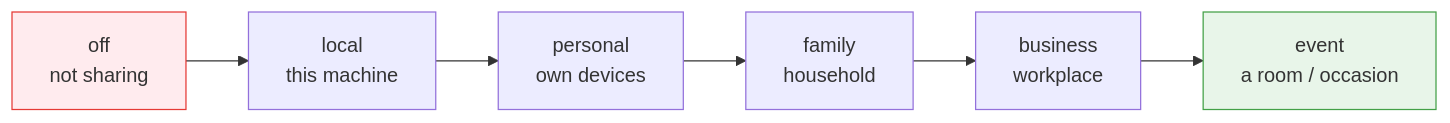
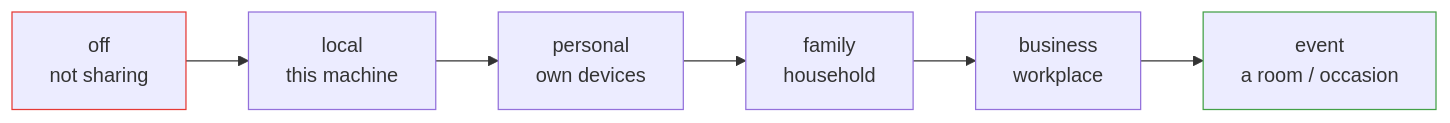
The first of 2 diagrams in docs/manual/08-sharing-modes.md (japer-technology/llm-vampire), drawn with Mermaid before and after one commit. The commit also changed 3 other files, not shown here.

Commit message:
docs: remove coloured backgrounds from mermaid diagrams

````diff
--- a/docs/manual/08-sharing-modes.md
+++ b/docs/manual/08-sharing-modes.md
@@ -15,13 +15,13 @@
 ```mermaid
 flowchart LR
     off["off<br/>not sharing"] --> local["local<br/>this machine"]
     local --> personal["personal<br/>own devices"]
     personal --> family["family<br/>household"]
     family --> business["business<br/>workplace"]
     business --> event["event<br/>a room / occasion"]
 
-    classDef closed fill:#ffebee,stroke:#e53935;
-    classDef openw fill:#e8f5e9,stroke:#43a047;
+    classDef closed stroke:#e53935;
+    classDef openw stroke:#43a047;
     class off closed;
     class event openw;
 ```
````
